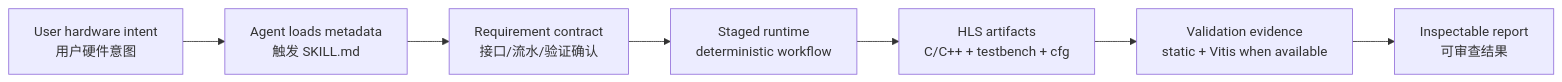
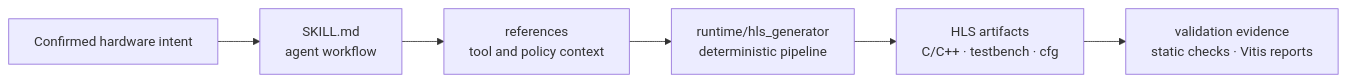
One commit to mfkiwl/hls-generator changed the first of 2 diagrams in README.md. Above: the diagram before and after it, drawn with Mermaid. The commit also changed other lines of this file and 3 other files, not shown here.

````diff
--- a/README.md
+++ b/README.md
@@ -34,9 +42,8 @@
 ```mermaid
 flowchart LR
-    U["User hardware intent<br/>用户硬件意图"] --> A["Agent loads metadata<br/>触发 SKILL.md"]
-    A --> R["Requirement contract<br/>接口/流水/验证确认"]
-    R --> P["Staged runtime<br/>deterministic workflow"]
-    P --> H["HLS artifacts<br/>C/C++ + testbench + cfg"]
-    H --> V["Validation evidence<br/>static + Vitis when available"]
-    V --> O["Inspectable report<br/>可审查结果"]
+    intent["Confirmed hardware intent"] --> skill["SKILL.md<br/>agent workflow"]
+    skill --> refs["references<br/>tool and policy context"]
+    refs --> runtime["runtime/hls_generator<br/>deterministic pipeline"]
+    runtime --> artifacts["HLS artifacts<br/>C/C++ · testbench · cfg"]
+    artifacts --> evidence["validation evidence<br/>static checks · Vitis reports"]
 ```
````
